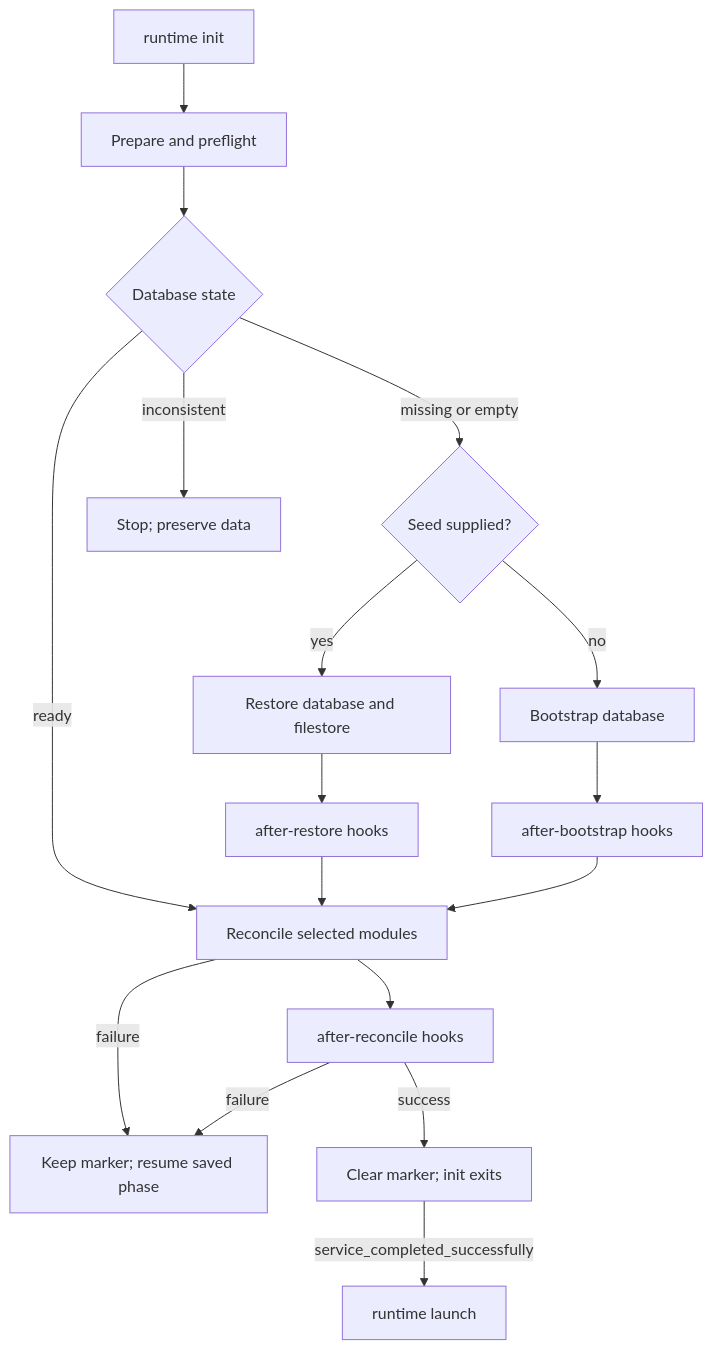
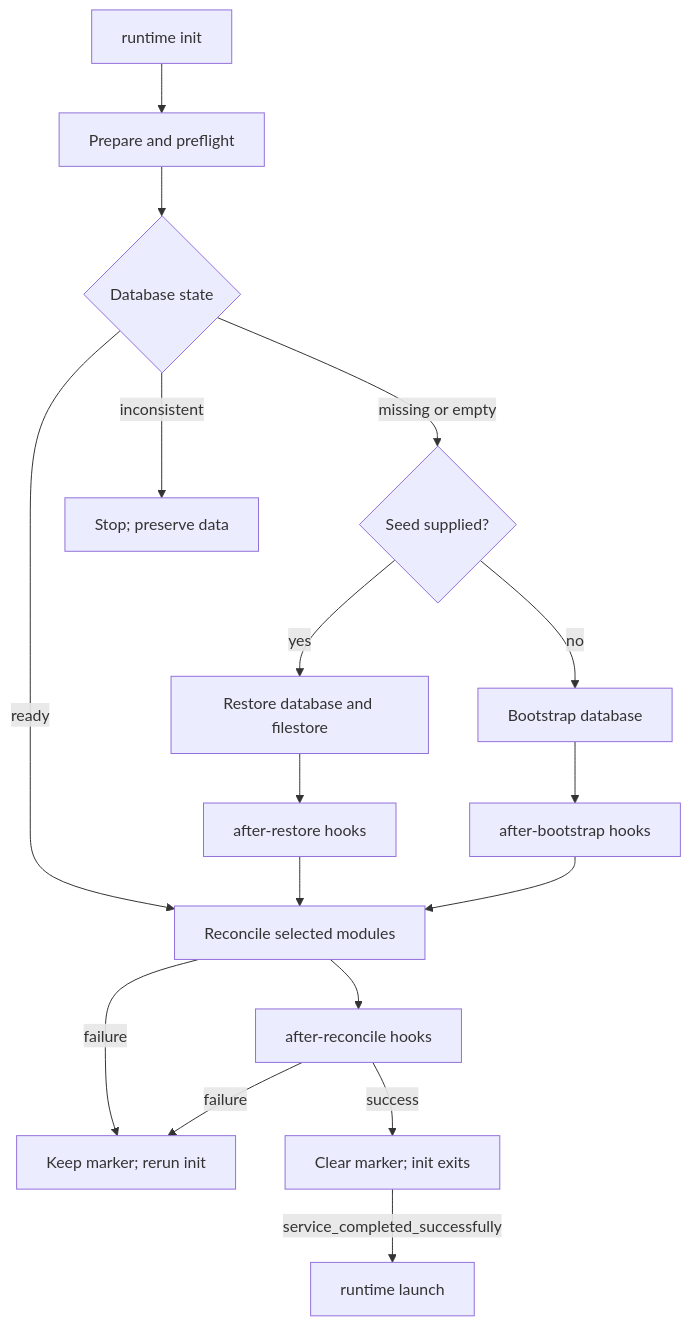
Before and after one commit to OpenJKSoftware/gOdoo: the first of 2 diagrams in docs/lifecycle.md, drawn with Mermaid. The commit also changed other lines of this file and 33 other files, not shown here.

````diff
--- a/docs/lifecycle.md
+++ b/docs/lifecycle.md
@@ -11,19 +11,19 @@
 ```mermaid
 flowchart TD
     Init[runtime init] --> Check[Prepare and preflight]
     Check --> State{Database state}
     State -->|ready| Reconcile[Reconcile selected modules]
     State -->|missing or empty| Seed{Seed supplied?}
     State -->|inconsistent| Fail[Stop; preserve data]
     Seed -->|yes| Restore[Restore database and filestore]
     Seed -->|no| Bootstrap[Bootstrap database]
     Restore --> RestoreHooks[after-restore hooks]
     Bootstrap --> BootstrapHooks[after-bootstrap hooks]
     RestoreHooks --> Reconcile
     BootstrapHooks --> Reconcile
     Reconcile --> Finalize[after-reconcile hooks]
-    Reconcile -->|failure| Pending[Keep marker; retry saved phase]
+    Reconcile -->|failure| Pending[Keep marker; rerun init]
     Finalize -->|success| Ready[Clear marker; init exits]
-    Finalize -->|failure| Pending[Keep marker; resume saved phase]
+    Finalize -->|failure| Pending[Keep marker; rerun init]
     Ready -->|service_completed_successfully| Launch[runtime launch]
 ```
````
